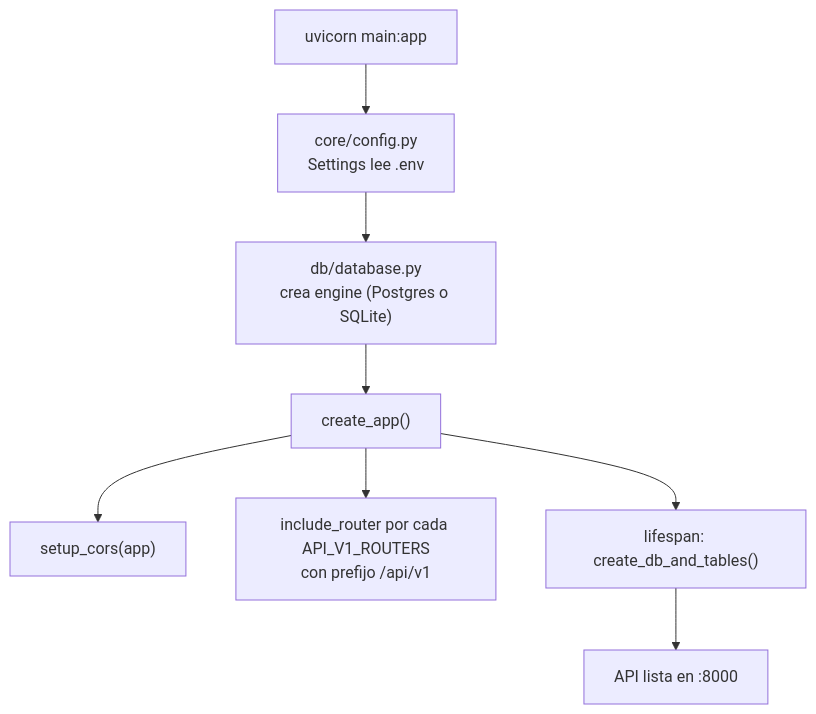
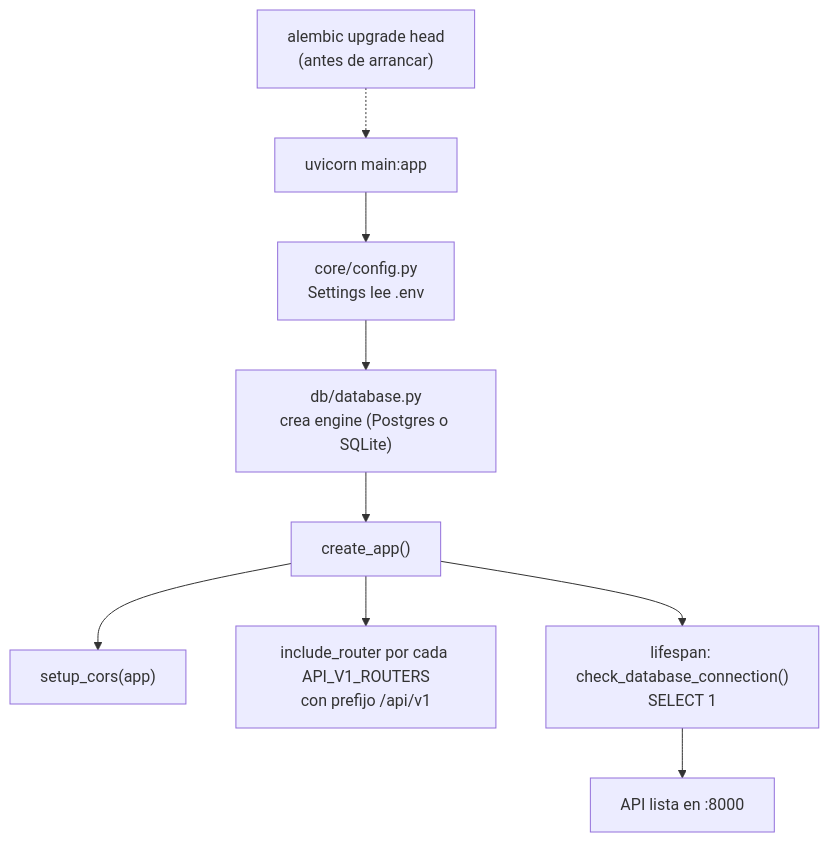
The tenth of 11 diagrams in docs/ARCHITECTURE.md (AGA-Studio/Member-Web), drawn with Mermaid before and after one commit. The commit also changed other lines of this file, not shown here.

Commit message:
docs: reflejar alembic en la arquitectura

````diff
--- a/docs/ARCHITECTURE.md
+++ b/docs/ARCHITECTURE.md
@@ -224,10 +227,11 @@
 ```mermaid
 flowchart TB
+    MIG["alembic upgrade head<br/>(antes de arrancar)"] -.-> START
     START["uvicorn main:app"] --> CFG["core/config.py<br/>Settings lee .env"]
     CFG --> ENG["db/database.py<br/>crea engine (Postgres o SQLite)"]
     ENG --> APP["create_app()"]
     APP --> CORS["setup_cors(app)"]
     APP --> ROUT["include_router por cada API_V1_ROUTERS<br/>con prefijo /api/v1"]
-    APP --> LS["lifespan: create_db_and_tables()"]
+    APP --> LS["lifespan: check_database_connection()<br/>SELECT 1"]
     LS --> READY["API lista en :8000"]
 ```
````
